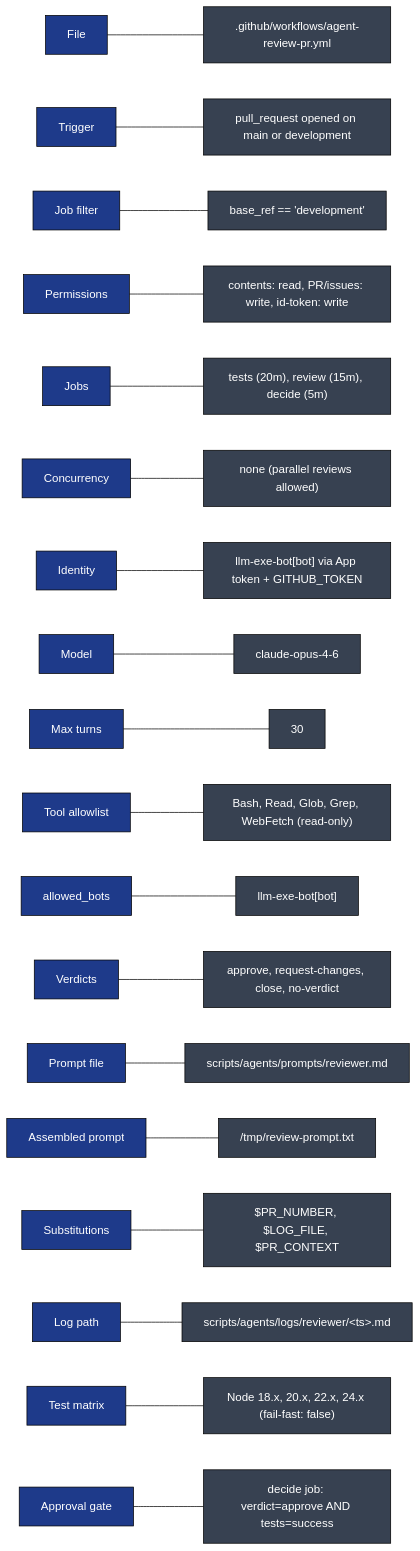
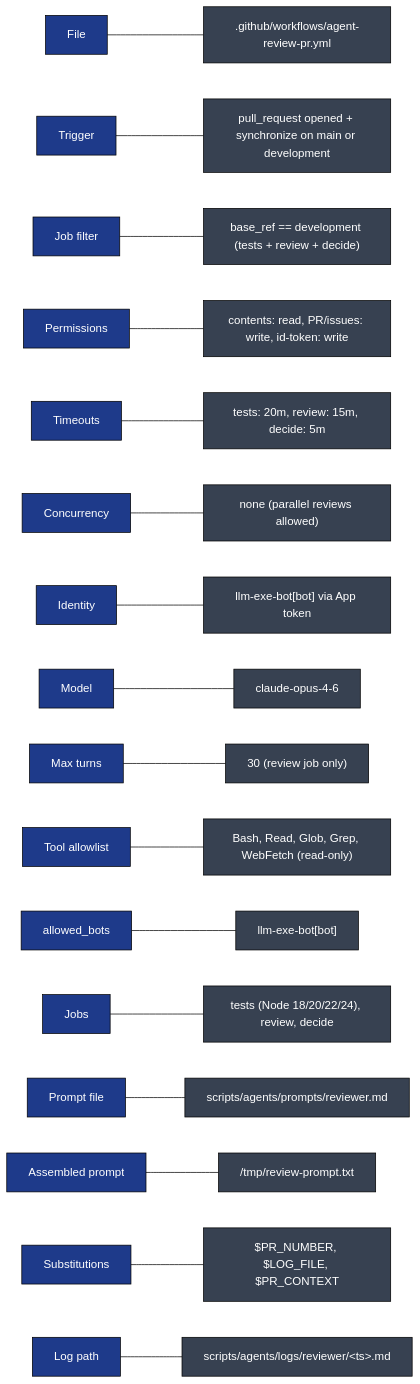
Before and after one commit to gregreindel/llm-exe: diagram 12 of 12 in .github/docs/AGENT_REVIEW_PR_DEEP_DIVE.md, drawn with Mermaid (forest theme). The commit also changed other lines of this file and 4 other files, not shown here.

````diff
--- a/.github/docs/AGENT_REVIEW_PR_DEEP_DIVE.md
+++ b/.github/docs/AGENT_REVIEW_PR_DEEP_DIVE.md
@@ -601,24 +580,22 @@
 ```mermaid
 flowchart LR
     classDef k fill:#1e3a8a,color:#fff,stroke:#000
     classDef v fill:#374151,color:#fff,stroke:#000
 
     K1["File"]:::k --- V1[".github/workflows/agent-review-pr.yml"]:::v
-    K2["Trigger"]:::k --- V2["pull_request opened on main or development"]:::v
-    K3["Job filter"]:::k --- V3["base_ref == 'development'"]:::v
+    K2["Trigger"]:::k --- V2["pull_request opened + synchronize on main or development"]:::v
+    K3["Job filter"]:::k --- V3["base_ref == development (tests + review + decide)"]:::v
     K4["Permissions"]:::k --- V4["contents: read, PR/issues: write, id-token: write"]:::v
-    K5["Jobs"]:::k --- V5["tests (20m), review (15m), decide (5m)"]:::v
+    K5["Timeouts"]:::k --- V5["tests: 20m, review: 15m, decide: 5m"]:::v
     K6["Concurrency"]:::k --- V6["none (parallel reviews allowed)"]:::v
-    K7["Identity"]:::k --- V7["llm-exe-bot[bot] via App token + GITHUB_TOKEN"]:::v
+    K7["Identity"]:::k --- V7["llm-exe-bot[bot] via App token"]:::v
     K8["Model"]:::k --- V8["claude-opus-4-6"]:::v
-    K9["Max turns"]:::k --- V9["30"]:::v
+    K9["Max turns"]:::k --- V9["30 (review job only)"]:::v
     K10["Tool allowlist"]:::k --- V10["Bash, Read, Glob, Grep, WebFetch (read-only)"]:::v
     K11["allowed_bots"]:::k --- V11["llm-exe-bot[bot]"]:::v
-    K12["Verdicts"]:::k --- V12["approve, request-changes, close, no-verdict"]:::v
+    K12["Jobs"]:::k --- V12["tests (Node 18/20/22/24), review, decide"]:::v
     K13["Prompt file"]:::k --- V13["scripts/agents/prompts/reviewer.md"]:::v
     K14["Assembled prompt"]:::k --- V14["/tmp/review-prompt.txt"]:::v
     K15["Substitutions"]:::k --- V15["$PR_NUMBER, $LOG_FILE, $PR_CONTEXT"]:::v
     K16["Log path"]:::k --- V16["scripts/agents/logs/reviewer/&lt;ts&gt;.md"]:::v
-    K17["Test matrix"]:::k --- V17["Node 18.x, 20.x, 22.x, 24.x (fail-fast: false)"]:::v
-    K18["Approval gate"]:::k --- V18["decide job: verdict=approve AND tests=success"]:::v
 ```
````
